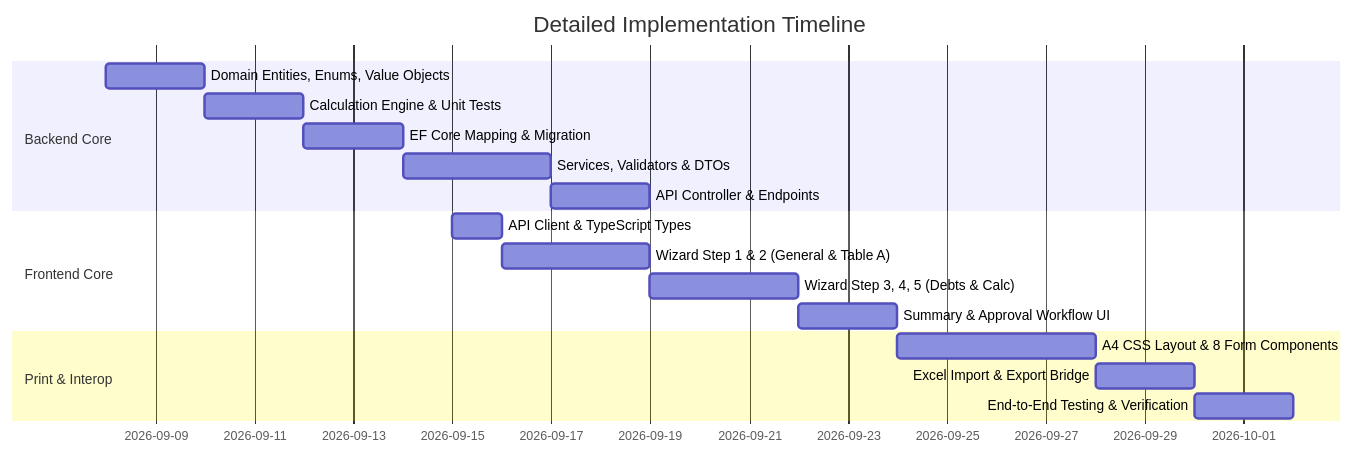
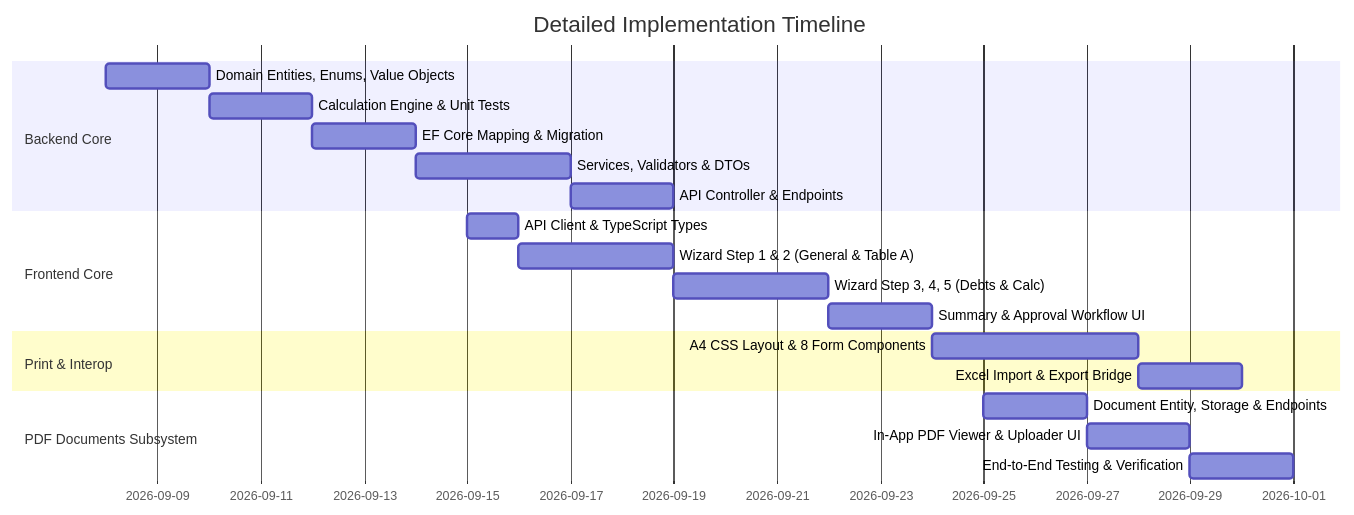
Before and after one commit to alirezakavianifar/tax_summary_employee_app: the second of 2 diagrams in raodmap_payback.md, drawn with Mermaid. The commit also changed other lines of this file and 41 other files, not shown here.

Commit message:
feat(refunds): add supporting PDF document upload and in-app viewer

````diff
--- a/raodmap_payback.md
+++ b/raodmap_payback.md
@@ -513,20 +731,23 @@
 ```mermaid
 gantt
     title Detailed Implementation Timeline
     dateFormat  YYYY-MM-DD
     section Backend Core
     Domain Entities, Enums, Value Objects :b_dom, 2026-09-08, 2d
     Calculation Engine & Unit Tests      :b_calc, after b_dom, 2d
     EF Core Mapping & Migration         :b_ef, after b_calc, 2d
     Services, Validators & DTOs         :b_srv, after b_ef, 3d
     API Controller & Endpoints          :b_api, after b_srv, 2d
     section Frontend Core
     API Client & TypeScript Types       :f_typ, 2026-09-15, 1d
     Wizard Step 1 & 2 (General & Table A):f_w1, after f_typ, 3d
     Wizard Step 3, 4, 5 (Debts & Calc)  :f_w2, after f_w1, 3d
     Summary & Approval Workflow UI      :f_app, after f_w2, 2d
     section Print & Interop
     A4 CSS Layout & 8 Form Components   :p_frm, after f_app, 4d
     Excel Import & Export Bridge        :p_xls, after p_frm, 2d
-    End-to-End Testing & Verification   :p_e2e, after p_xls, 2d
+    section PDF Documents Subsystem
+    Document Entity, Storage & Endpoints:p_pdf_be, 2026-09-25, 2d
+    In-App PDF Viewer & Uploader UI     :p_pdf_fe, after p_pdf_be, 2d
+    End-to-End Testing & Verification   :p_e2e, after p_pdf_fe, 2d
 ```
````
